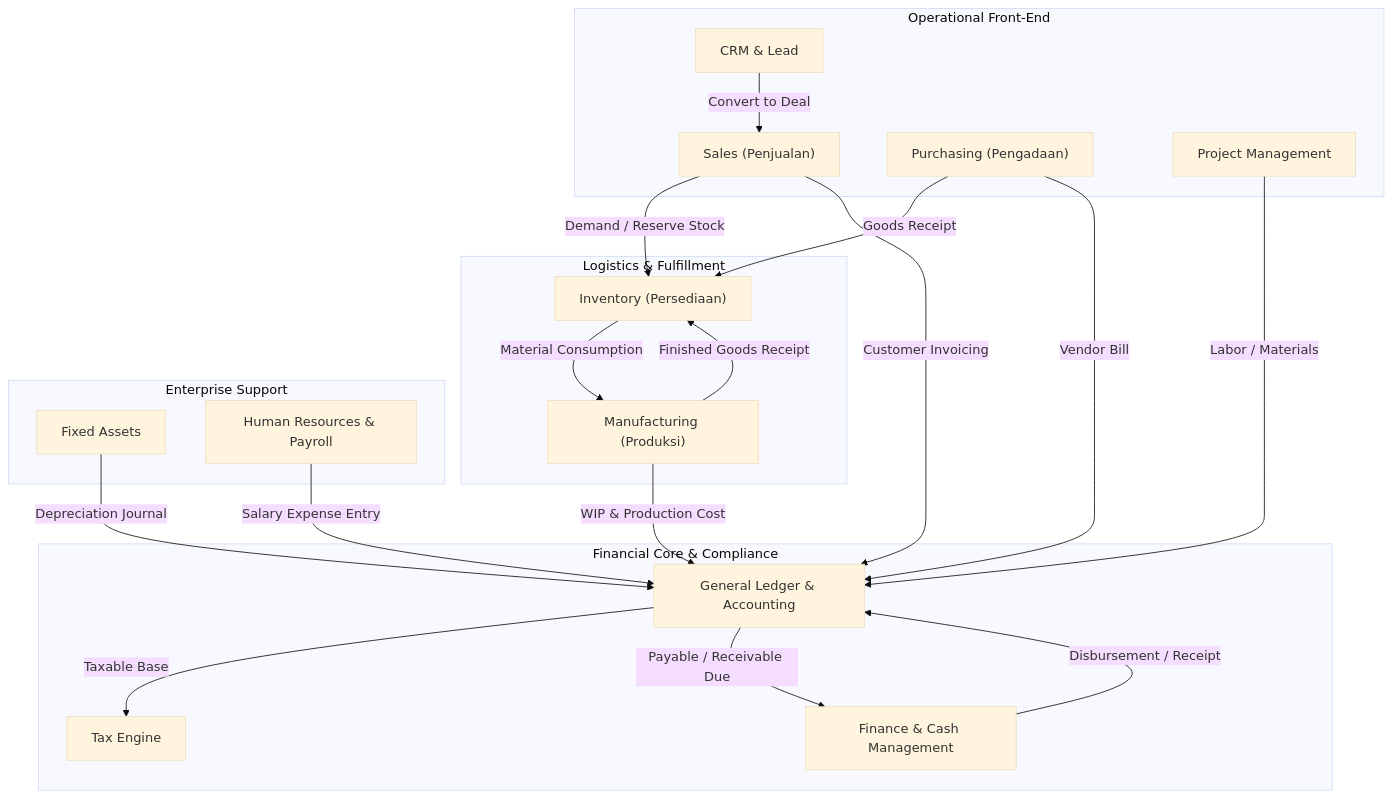
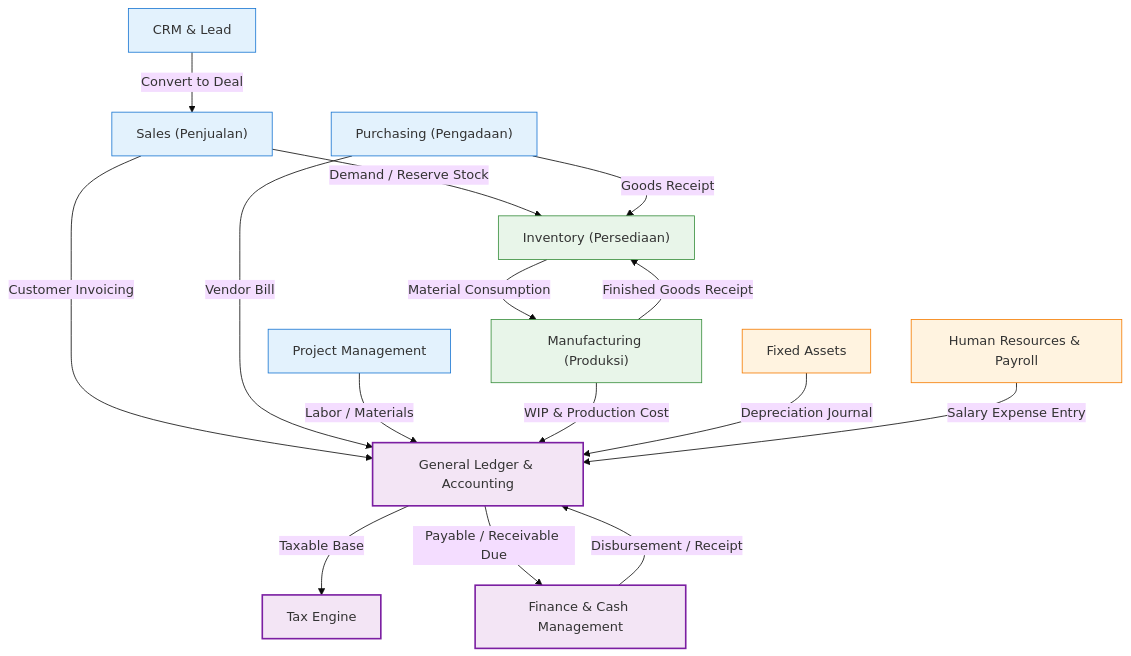
One commit to alimurrofid/erp-notes changed the diagram in content/00-fundamentals/erp-modules.md. Above: the diagram before and after it, drawn with Mermaid (base theme). The commit also changed 58 other files, not shown here.

Commit message:
fix(content):Mermaid Subgraph

````diff
--- a/content/00-fundamentals/erp-modules.md
+++ b/content/00-fundamentals/erp-modules.md
@@ -19,40 +19,42 @@
 ```mermaid
 flowchart TD
-    subgraph Operational["Operational Front-End"]
-        CRM["CRM & Lead"]
-        Sales["Sales (Penjualan)"]
-        Purch["Purchasing (Pengadaan)"]
-        Projects["Project Management"]
-    end
+    CRM["CRM & Lead"]
+    Sales["Sales (Penjualan)"]
+    Purch["Purchasing (Pengadaan)"]
+    Projects["Project Management"]
 
-    subgraph Fulfillment["Logistics & Fulfillment"]
-        Inv["Inventory (Persediaan)"]
-        Mfg["Manufacturing (Produksi)"]
-    end
+    Inv["Inventory (Persediaan)"]
+    Mfg["Manufacturing (Produksi)"]
 
-    subgraph Support["Enterprise Support"]
-        Assets["Fixed Assets"]
-        HR["Human Resources & Payroll"]
-    end
+    Assets["Fixed Assets"]
+    HR["Human Resources & Payroll"]
 
-    subgraph CoreFinance["Financial Core & Compliance"]
-        Tax["Tax Engine"]
-        Acc["General Ledger & Accounting"]
-        Fin["Finance & Cash Management"]
-    end
+    Tax["Tax Engine"]
+    Acc["General Ledger & Accounting"]
+    Fin["Finance & Cash Management"]
 
     CRM -->|Convert to Deal| Sales
     Sales -->|Demand / Reserve Stock| Inv
     Sales -->|Customer Invoicing| Acc
     Purch -->|Goods Receipt| Inv
     Purch -->|Vendor Bill| Acc
     Projects -->|Labor / Materials| Acc
     Inv -->|Material Consumption| Mfg
     Mfg -->|Finished Goods Receipt| Inv
     Mfg -->|WIP & Production Cost| Acc
     Assets -->|Depreciation Journal| Acc
     HR -->|Salary Expense Entry| Acc
     Acc -->|Taxable Base| Tax
     Acc -->|Payable / Receivable Due| Fin
     Fin -->|Disbursement / Receipt| Acc
+
+    classDef operational fill:#e3f2fd,stroke:#1976d2,stroke-width:1px;
+    classDef fulfillment fill:#e8f5e9,stroke:#388e3c,stroke-width:1px;
+    classDef support fill:#fff3e0,stroke:#f57c00,stroke-width:1px;
+    classDef coreFinance fill:#f3e5f5,stroke:#7b1fa2,stroke-width:2px;
+
+    class CRM,Sales,Purch,Projects operational;
+    class Inv,Mfg fulfillment;
+    class Assets,HR support;
+    class Tax,Acc,Fin coreFinance;
 ```
````
